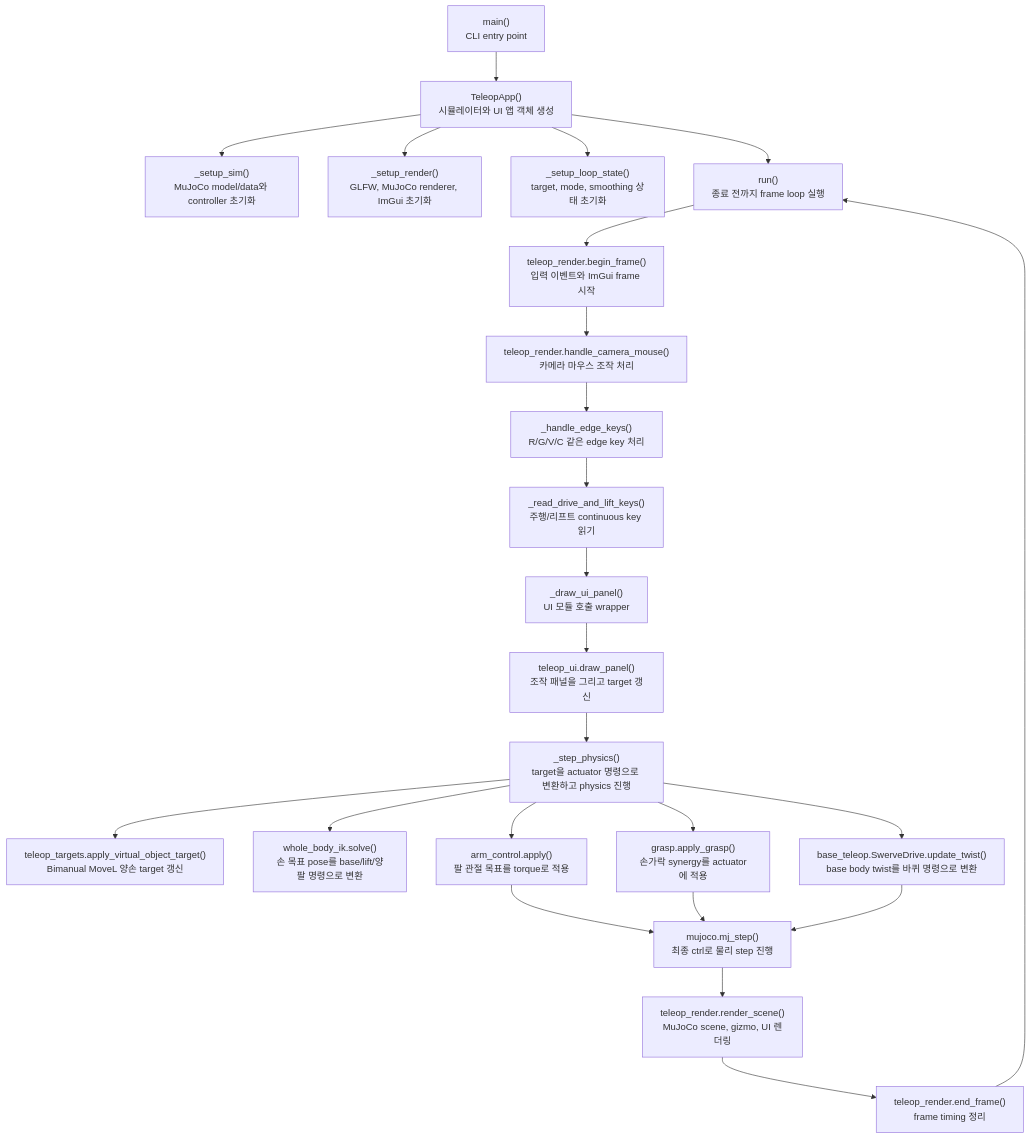
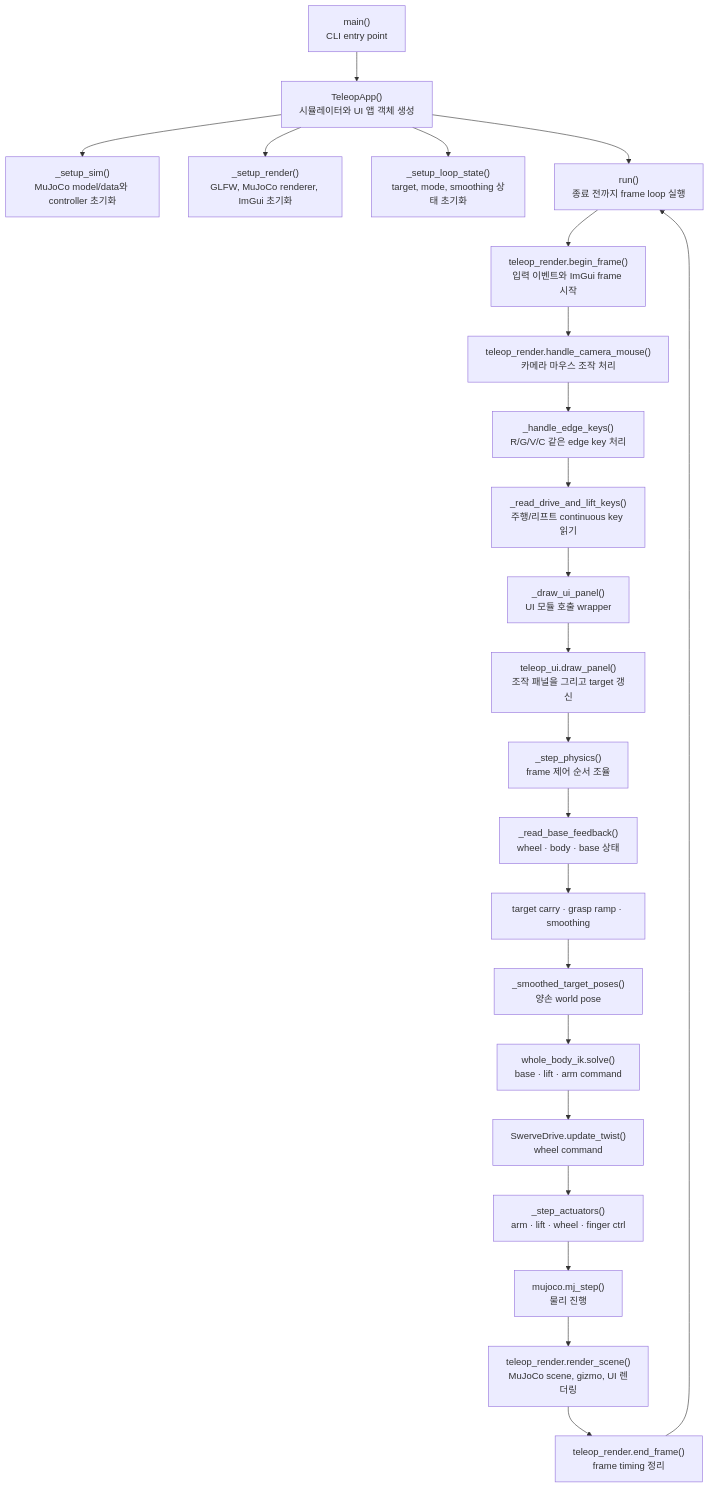
One commit to ggh-png/ffw-sh5-grasp changed the diagram in docs/guide/teleop_app.md. Above: the diagram before and after it, drawn with Mermaid. The commit also changed other lines of this file and 16 other files, not shown here.

````diff
--- a/docs/guide/teleop_app.md
+++ b/docs/guide/teleop_app.md
@@ -71,26 +78,25 @@
 ```mermaid
 flowchart TD
     A["main()<br>CLI entry point"] --> B["TeleopApp()<br>시뮬레이터와 UI 앱 객체 생성"]
     B --> C["_setup_sim()<br>MuJoCo model/data와 controller 초기화"]
     B --> D["_setup_render()<br>GLFW, MuJoCo renderer, ImGui 초기화"]
     B --> E["_setup_loop_state()<br>target, mode, smoothing 상태 초기화"]
     B --> F["run()<br>종료 전까지 frame loop 실행"]
     F --> G["teleop_render.begin_frame()<br>입력 이벤트와 ImGui frame 시작"]
     G --> H["teleop_render.handle_camera_mouse()<br>카메라 마우스 조작 처리"]
     H --> I["_handle_edge_keys()<br>R/G/V/C 같은 edge key 처리"]
     I --> J["_read_drive_and_lift_keys()<br>주행/리프트 continuous key 읽기"]
     J --> K["_draw_ui_panel()<br>UI 모듈 호출 wrapper"]
     K --> L["teleop_ui.draw_panel()<br>조작 패널을 그리고 target 갱신"]
-    L --> M["_step_physics()<br>target을 actuator 명령으로 변환하고 physics 진행"]
-    M --> N["teleop_targets.apply_virtual_object_target()<br>Bimanual MoveL 양손 target 갱신"]
-    M --> O["whole_body_ik.solve()<br>손 목표 pose를 base/lift/양팔 명령으로 변환"]
-    M --> P["base_teleop.SwerveDrive.update_twist()<br>base body twist를 바퀴 명령으로 변환"]
-    M --> Q["arm_control.apply()<br>팔 관절 목표를 torque로 적용"]
-    M --> R["grasp.apply_grasp()<br>손가락 synergy를 actuator에 적용"]
-    Q --> S["mujoco.mj_step()<br>최종 ctrl로 물리 step 진행"]
-    R --> S
-    P --> S
-    S --> T["teleop_render.render_scene()<br>MuJoCo scene, gizmo, UI 렌더링"]
+    L --> M["_step_physics()<br>frame 제어 순서 조율"]
+    M --> N["_read_base_feedback()<br>wheel · body · base 상태"]
+    N --> O["target carry · grasp ramp · smoothing"]
+    O --> P["_smoothed_target_poses()<br>양손 world pose"]
+    P --> Q["whole_body_ik.solve()<br>base · lift · arm command"]
+    Q --> R["SwerveDrive.update_twist()<br>wheel command"]
+    R --> S["_step_actuators()<br>arm · lift · wheel · finger ctrl"]
+    S --> V["mujoco.mj_step()<br>물리 진행"]
+    V --> T["teleop_render.render_scene()<br>MuJoCo scene, gizmo, UI 렌더링"]
     T --> U["teleop_render.end_frame()<br>frame timing 정리"]
     U --> F
 ```
````
